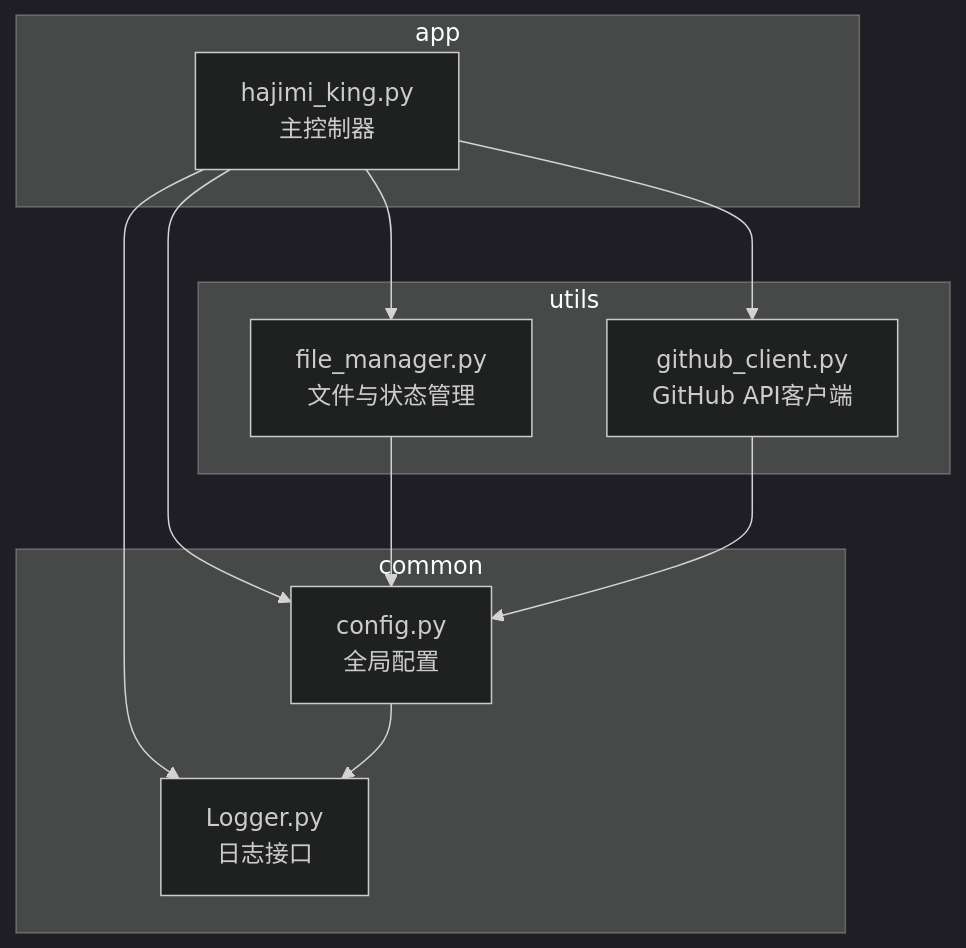
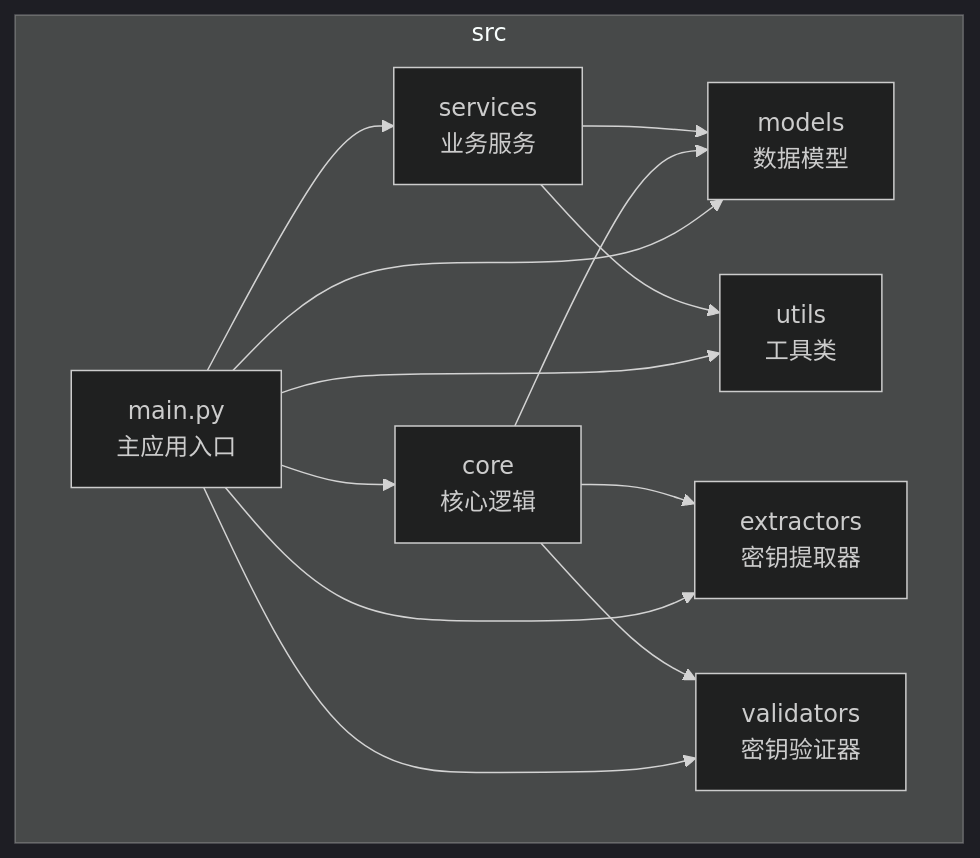
Before and after one commit to james-6-23/APIKEY-king: the first of 7 diagrams in .qoder/repowiki/zh/content/开发者指南/代码架构与模块设计/代码架构与模块设计.md, drawn with Mermaid (dark theme). The commit also changed other lines of this file and 49 other files, not shown here.

````diff
--- a/.qoder/repowiki/zh/content/开发者指南/代码架构与模块设计/代码架构与模块设计.md
+++ b/.qoder/repowiki/zh/content/开发者指南/代码架构与模块设计/代码架构与模块设计.md
@@ -35,21 +39,23 @@
 ```mermaid
 graph TD
-subgraph "app"
-A[hajimi_king.py<br/>主控制器]
-end
-subgraph "common"
-B[Logger.py<br/>日志接口]
-C[config.py<br/>全局配置]
-end
-subgraph "utils"
-D[github_client.py<br/>GitHub API客户端]
-E[file_manager.py<br/>文件与状态管理]
+subgraph "src"
+A[main.py<br/>主应用入口]
+B[core<br/>核心逻辑]
+C[models<br/>数据模型]
+D[services<br/>业务服务]
+E[utils<br/>工具类]
+F[extractors<br/>密钥提取器]
+G[validators<br/>密钥验证器]
 end
 A --> B
 A --> C
 A --> D
 A --> E
-C --> B
-E --> C
+A --> F
+A --> G
+B --> C
+B --> F
+B --> G
 D --> C
+D --> E
 ```
````
